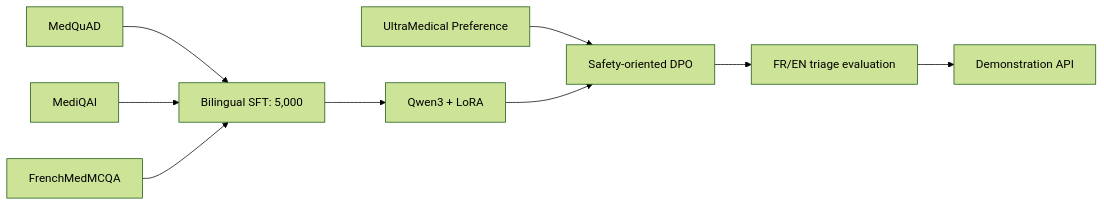
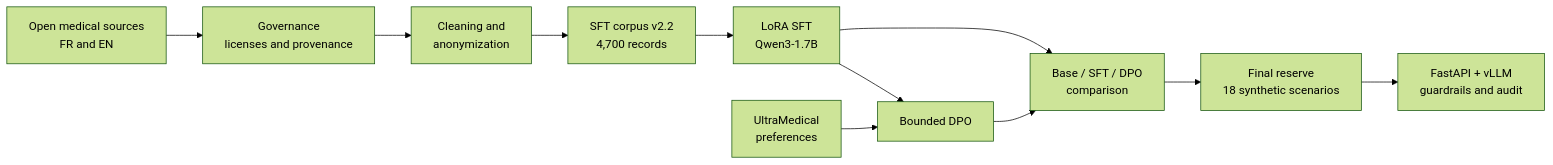
One commit to ppluton/medical-triage-llm-poc changed the first of 3 diagrams in README.md. Above: the diagram before and after it, drawn with Mermaid (forest theme). The commit also changed other lines of this file and 484 other files, not shown here.

First line of the commit message:
feat(poc): complete governed medical triage prototype

````diff
--- a/README.md
+++ b/README.md
@@ -18,11 +38,13 @@
 ```mermaid
 flowchart LR
-  A[MedQuAD] --> D[Bilingual SFT: 5,000]
-  B[MediQAl] --> D
-  C[FrenchMedMCQA] --> D
-  D --> E[Qwen3 + LoRA]
-  U[UltraMedical Preference] --> F[Safety-oriented DPO]
-  E --> F
-  F --> G[FR/EN triage evaluation]
-  G --> H[Demonstration API]
+    S[Open medical sources<br/>FR and EN] --> G[Governance<br/>licenses and provenance]
+    G --> A[Cleaning and<br/>anonymization]
+    A --> C[SFT corpus v2.2<br/>4,700 records]
+    C --> T[LoRA SFT<br/>Qwen3-1.7B]
+    P[UltraMedical<br/>preferences] --> D[Bounded DPO]
+    T --> D
+    T --> E[Base / SFT / DPO<br/>comparison]
+    D --> E
+    E --> R[Final reserve<br/>18 synthetic scenarios]
+    R --> API[FastAPI + vLLM<br/>guardrails and audit]
 ```
````
